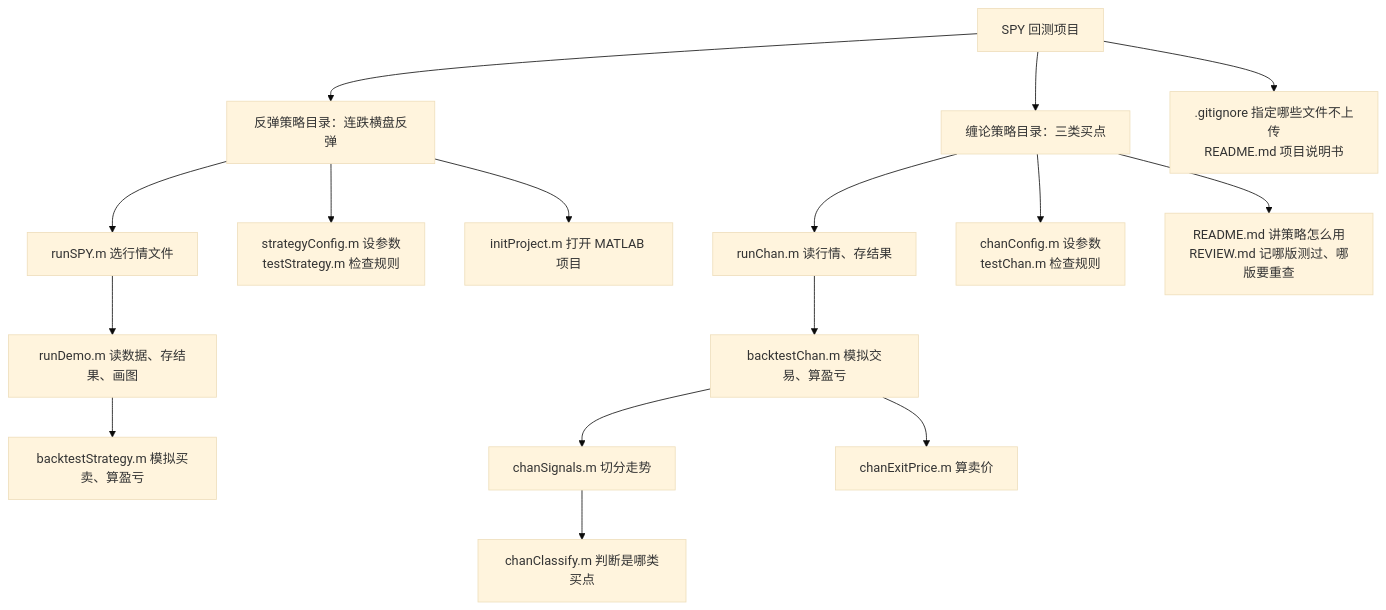
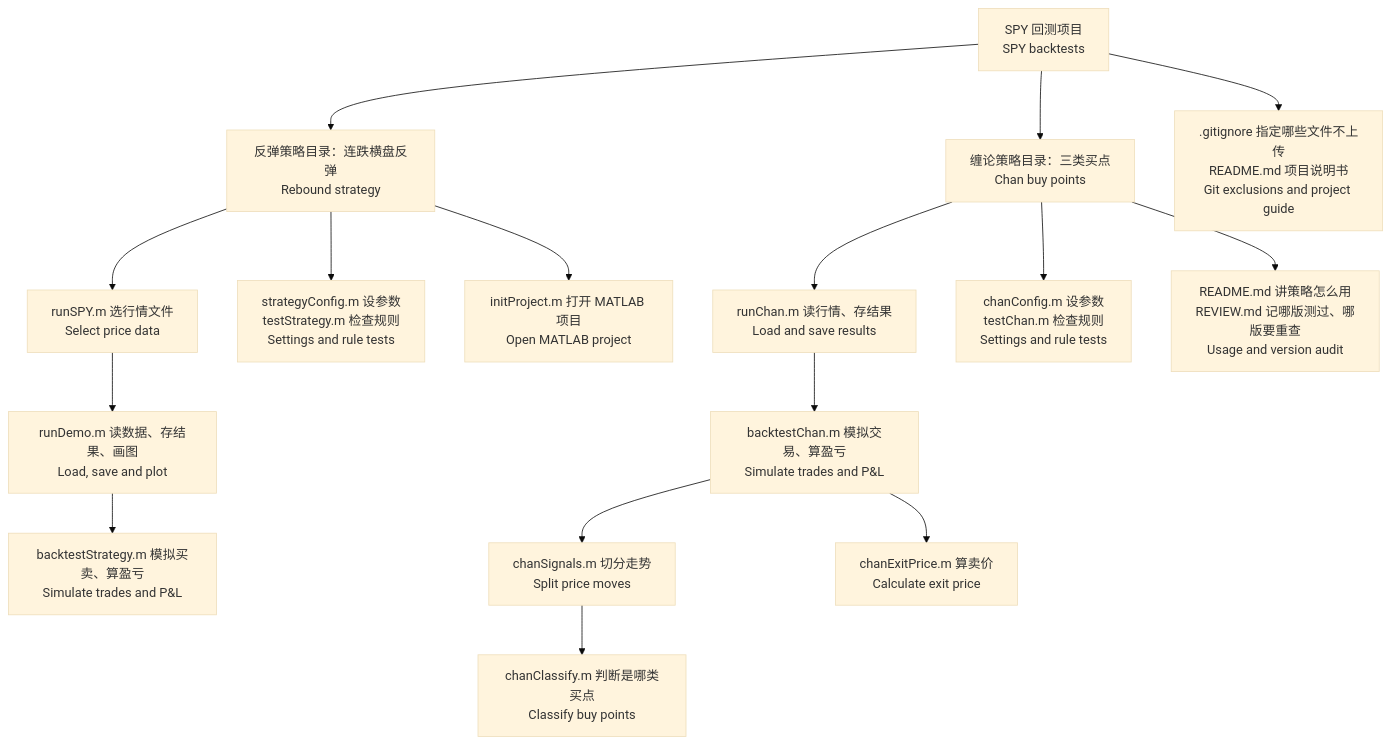
The first of 4 diagrams in README.md (PonyMa777/spy-rebound-strategy), drawn with Mermaid (base theme) before and after one commit. The commit also changed other lines of this file, not shown here.

Commit message:
Make the project overview bilingual and highlight matched-control lessons

````diff
--- a/README.md
+++ b/README.md
@@ -22,14 +22,14 @@
 ```mermaid
 flowchart TD
- P["SPY 回测项目"] --> A["反弹策略目录：连跌横盘反弹"]
- P --> B["缠论策略目录：三类买点"]
- A --> A1["runSPY.m 选行情文件"] --> A2["runDemo.m 读数据、存结果、画图"] --> A3["backtestStrategy.m 模拟买卖、算盈亏"]
- A --> A4["strategyConfig.m 设参数<br/>testStrategy.m 检查规则"]
- A --> AP["initProject.m 打开 MATLAB 项目"]
- P --> A5[".gitignore 指定哪些文件不上传<br/>README.md 项目说明书"]
- B --> B1["runChan.m 读行情、存结果"] --> B2["backtestChan.m 模拟交易、算盈亏"]
- B2 --> B3["chanSignals.m 切分走势"] --> B4["chanClassify.m 判断是哪类买点"]
- B2 --> B5["chanExitPrice.m 算卖价"]
- B --> B6["chanConfig.m 设参数<br/>testChan.m 检查规则"]
- B --> B7["README.md 讲策略怎么用<br/>REVIEW.md 记哪版测过、哪版要重查"]
+ P["SPY 回测项目<br/>SPY backtests"] --> A["反弹策略目录：连跌横盘反弹<br/>Rebound strategy"]
+ P --> B["缠论策略目录：三类买点<br/>Chan buy points"]
+ A --> A1["runSPY.m 选行情文件<br/>Select price data"] --> A2["runDemo.m 读数据、存结果、画图<br/>Load, save and plot"] --> A3["backtestStrategy.m 模拟买卖、算盈亏<br/>Simulate trades and P&L"]
+ A --> A4["strategyConfig.m 设参数<br/>testStrategy.m 检查规则<br/>Settings and rule tests"]
+ A --> AP["initProject.m 打开 MATLAB 项目<br/>Open MATLAB project"]
+ P --> A5[".gitignore 指定哪些文件不上传<br/>README.md 项目说明书<br/>Git exclusions and project guide"]
+ B --> B1["runChan.m 读行情、存结果<br/>Load and save results"] --> B2["backtestChan.m 模拟交易、算盈亏<br/>Simulate trades and P&L"]
+ B2 --> B3["chanSignals.m 切分走势<br/>Split price moves"] --> B4["chanClassify.m 判断是哪类买点<br/>Classify buy points"]
+ B2 --> B5["chanExitPrice.m 算卖价<br/>Calculate exit price"]
+ B --> B6["chanConfig.m 设参数<br/>testChan.m 检查规则<br/>Settings and rule tests"]
+ B --> B7["README.md 讲策略怎么用<br/>REVIEW.md 记哪版测过、哪版要重查<br/>Usage and version audit"]
 ```
````
